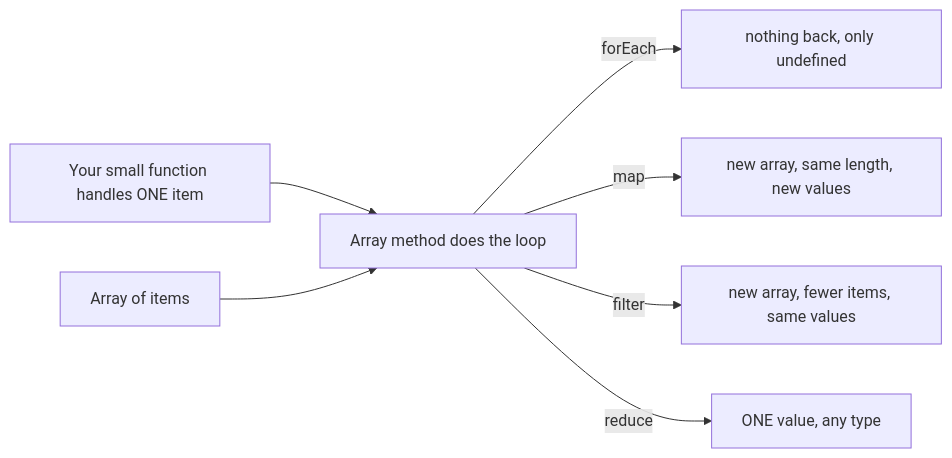
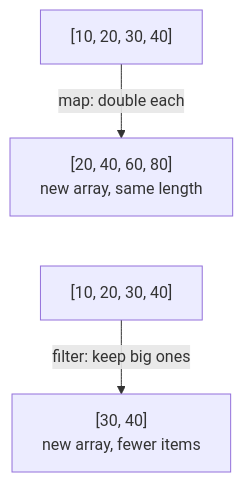
One commit to starjustice/research-material changed the first of 3 diagrams in learn/javascript/09-arrays-and-higher-order-functions.md. Above: the diagram before and after it, drawn with Mermaid. The commit also changed other lines of this file, not shown here.

````diff
--- a/learn/javascript/09-arrays-and-higher-order-functions.md
+++ b/learn/javascript/09-arrays-and-higher-order-functions.md
@@ -24,9 +15,6 @@
 ```mermaid
-graph LR
-    F["Your small function handles ONE item"] --> M["Array method does the loop"]
-    A["Array of items"] --> M
-    M -->|forEach| B["nothing back, only undefined"]
-    M -->|map| C["new array, same length, new values"]
-    M -->|filter| D["new array, fewer items, same values"]
-    M -->|reduce| E["ONE value, any type"]
+graph TB
+    A["[10, 20, 30, 40]"] -->|map: double each| B["[20, 40, 60, 80]<br/>new array, same length"]
+    B ~~~ C["[10, 20, 30, 40]"]
+    C -->|filter: keep big ones| D["[30, 40]<br/>new array, fewer items"]
 ```
````
